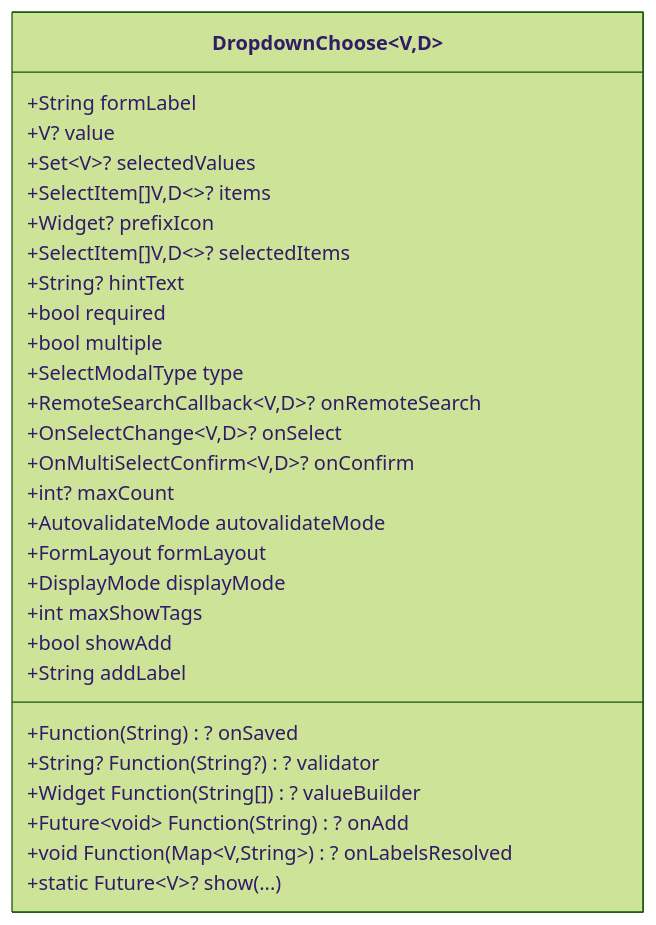
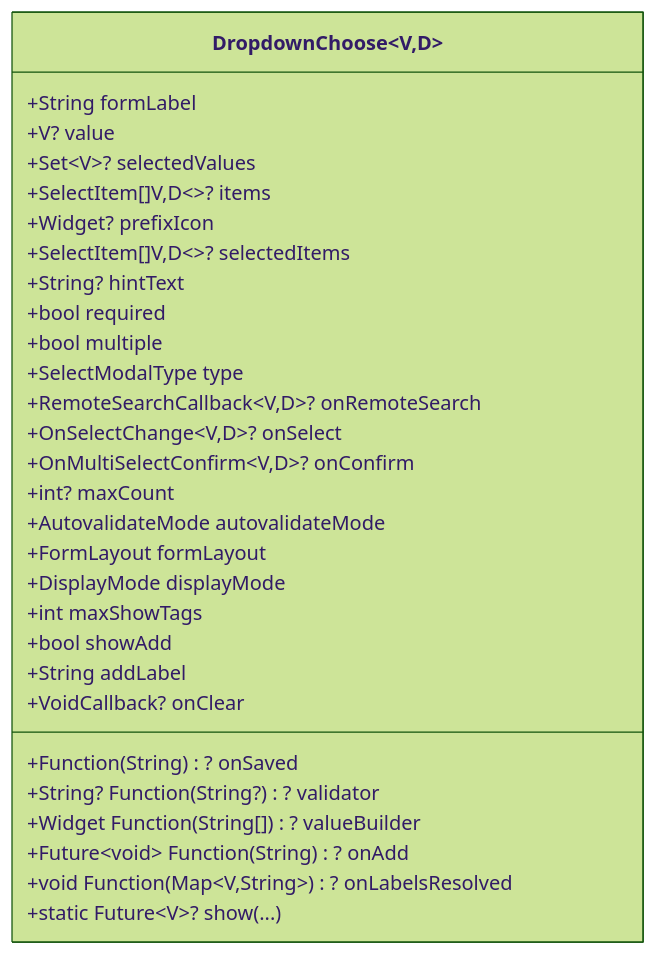
The third of 6 diagrams in .qoder/repowiki/zh/content/高级组件/下拉选择器.md (yuzhido/lite-ui), drawn with Mermaid (forest theme) before and after one commit. The commit also changed other lines of this file and 37 other files, not shown here.

````diff
--- a/.qoder/repowiki/zh/content/高级组件/下拉选择器.md
+++ b/.qoder/repowiki/zh/content/高级组件/下拉选择器.md
@@ -157,31 +162,32 @@
 ```mermaid
 classDiagram
 class DropdownChoose~V,D~ {
 +String formLabel
 +V? value
 +Set~V~? selectedValues
 +SelectItem[]V,D~~? items
 +Widget? prefixIcon
 +SelectItem[]V,D~~? selectedItems
 +String? hintText
 +bool required
 +bool multiple
 +SelectModalType type
 +RemoteSearchCallback~V,D~? onRemoteSearch
 +OnSelectChange~V,D~? onSelect
 +OnMultiSelectConfirm~V,D~? onConfirm
 +int? maxCount
 +Function(String)? onSaved
 +String? Function(String?)? validator
 +AutovalidateMode autovalidateMode
 +FormLayout formLayout
 +DisplayMode displayMode
 +int maxShowTags
 +Widget Function(String[])? valueBuilder
 +bool showAdd
 +String addLabel
 +Future~void~ Function(String)? onAdd
 +void Function(Map~V,String~)? onLabelsResolved
++VoidCallback? onClear
 +static Future~V~? show(...)
 }
 ```
````
